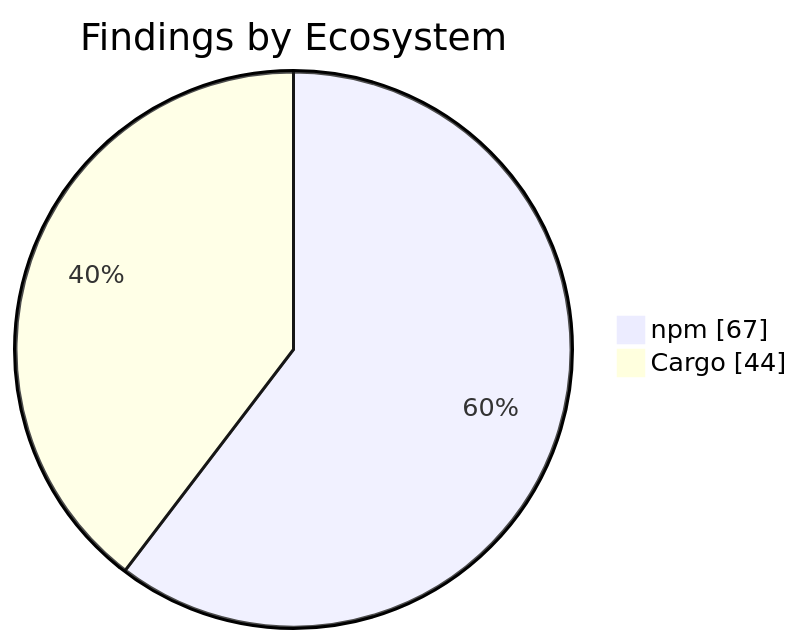
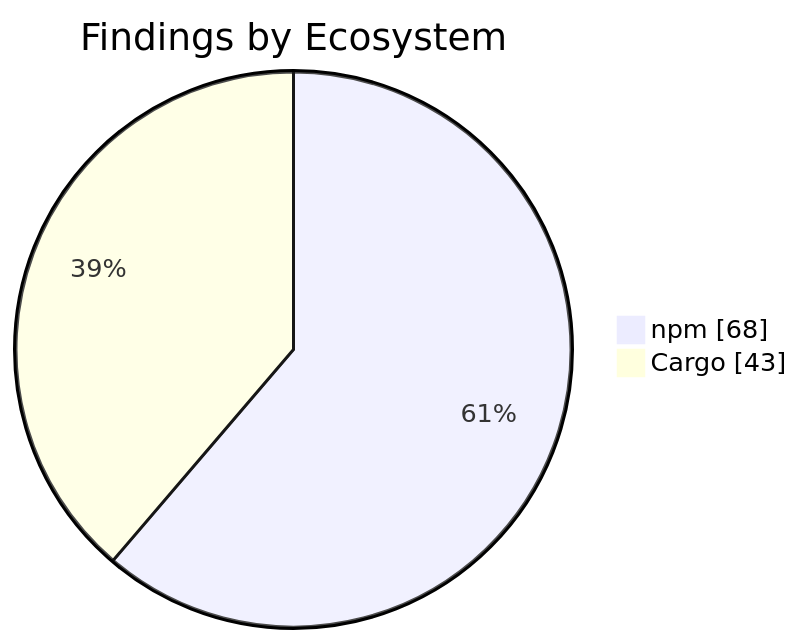
The second of 2 diagrams in apps/kbve/astro-kbve/src/content/docs/dashboard/security.mdx (KBVE/kbve), drawn with Mermaid before and after one commit. The commit also changed other lines of this file and 8 other files, not shown here.

````diff
--- a/apps/kbve/astro-kbve/src/content/docs/dashboard/security.mdx
+++ b/apps/kbve/astro-kbve/src/content/docs/dashboard/security.mdx
@@ -72,6 +72,6 @@
 ```mermaid
 pie showData
     title Findings by Ecosystem
-    "npm" : 67
-    "Cargo" : 44
+    "npm" : 68
+    "Cargo" : 43
 ```
````
